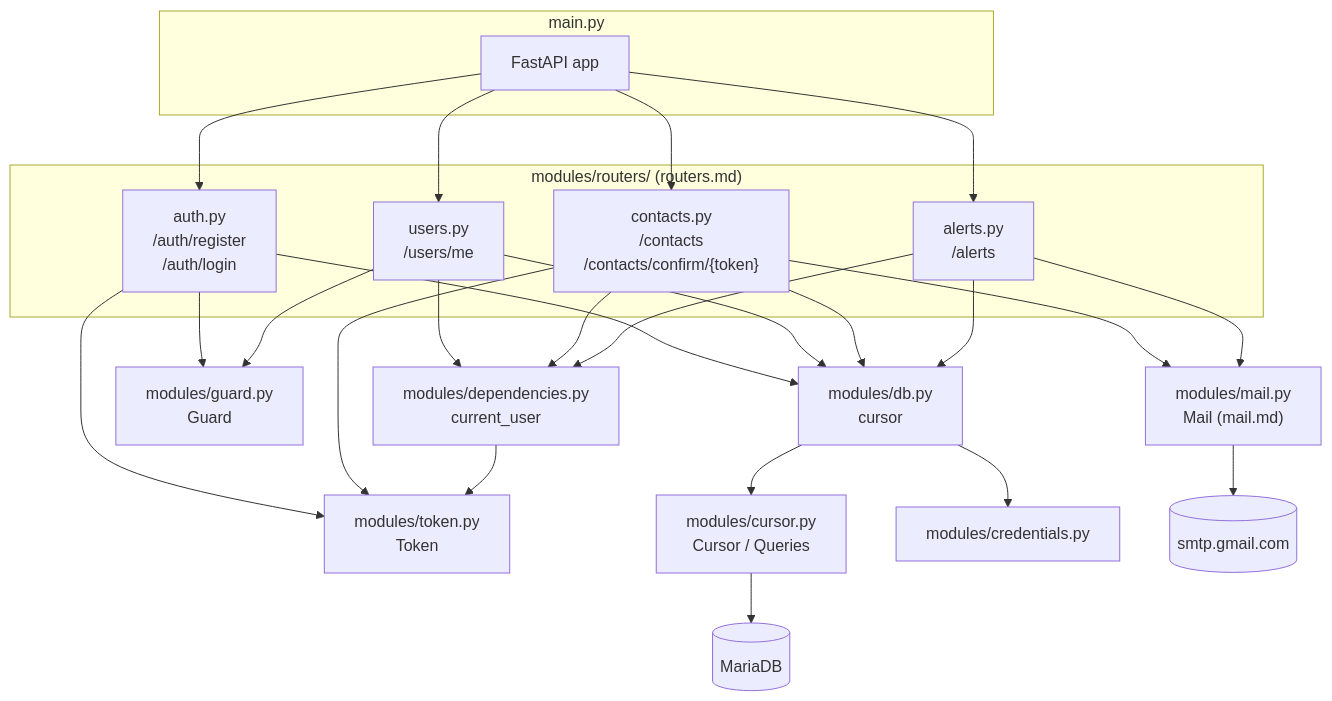
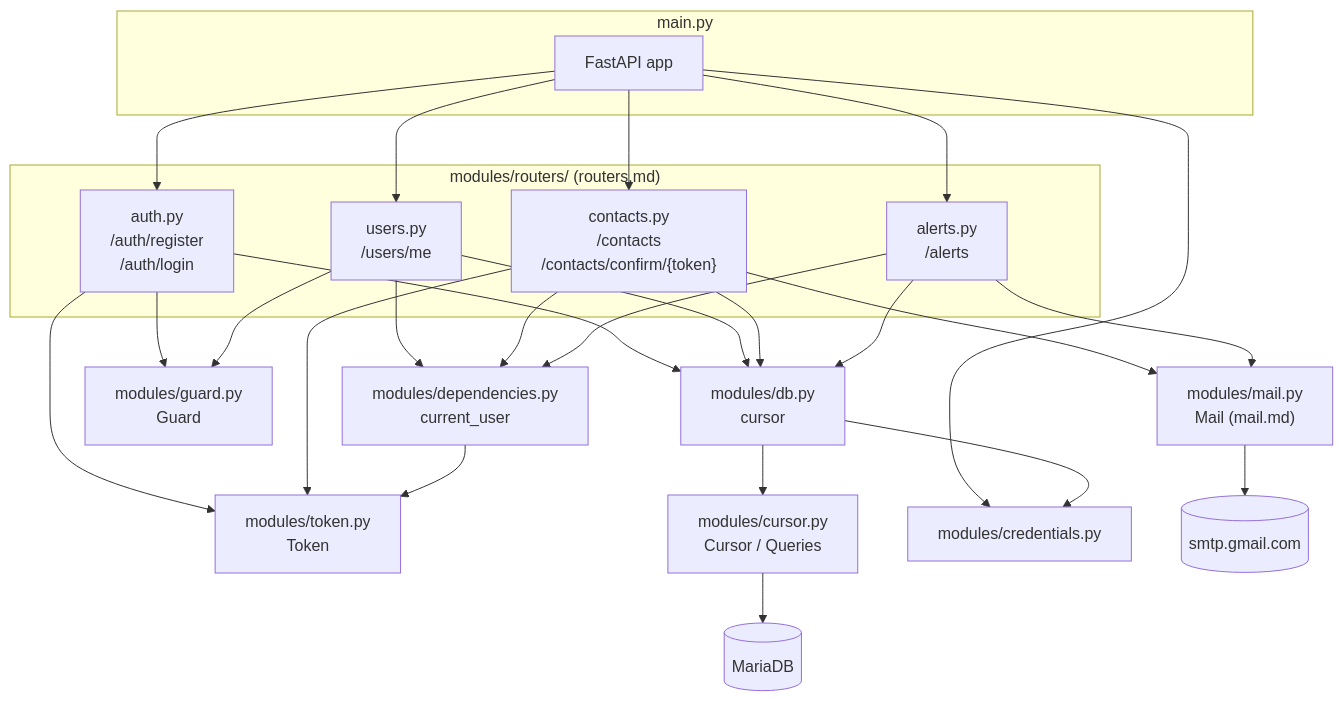
One commit to skellent/iOS-compiler changed the diagram in docs/backend/main.md. Above: the diagram before and after it, drawn with Mermaid. The commit also changed other lines of this file and 5 other files, not shown here.

````diff
--- a/docs/backend/main.md
+++ b/docs/backend/main.md
@@ -30,52 +55,53 @@
 ```mermaid
 flowchart TD
     subgraph main["main.py"]
         APP["FastAPI app"]
     end
 
     subgraph routers["modules/routers/ (routers.md)"]
         AUTH["auth.py<br/>/auth/register<br/>/auth/login"]
         USR["users.py<br/>/users/me"]
         CON["contacts.py<br/>/contacts<br/>/contacts/confirm/{token}"]
         ALT["alerts.py<br/>/alerts"]
     end
 
     DEPS["modules/dependencies.py<br/>current_user"]
     TOKEN["modules/token.py<br/>Token"]
     GUARD["modules/guard.py<br/>Guard"]
     MAIL["modules/mail.py<br/>Mail (mail.md)"]
     DB["modules/db.py<br/>cursor"]
     CURSOR["modules/cursor.py<br/>Cursor / Queries"]
     CRED["modules/credentials.py"]
     MARIADB[(MariaDB)]
     SMTP[(smtp.gmail.com)]
 
     APP --> AUTH
     APP --> USR
     APP --> CON
     APP --> ALT
+    APP --> CRED
 
     AUTH --> GUARD
     AUTH --> TOKEN
     AUTH --> DB
 
     USR --> DEPS
     USR --> DB
     USR --> GUARD
 
     CON --> DEPS
     CON --> DB
     CON --> TOKEN
     CON --> MAIL
 
     ALT --> DEPS
     ALT --> DB
     ALT --> MAIL
 
     DEPS --> TOKEN
 
     DB --> CURSOR
     DB --> CRED
     CURSOR --> MARIADB
     MAIL --> SMTP
 ```
````
